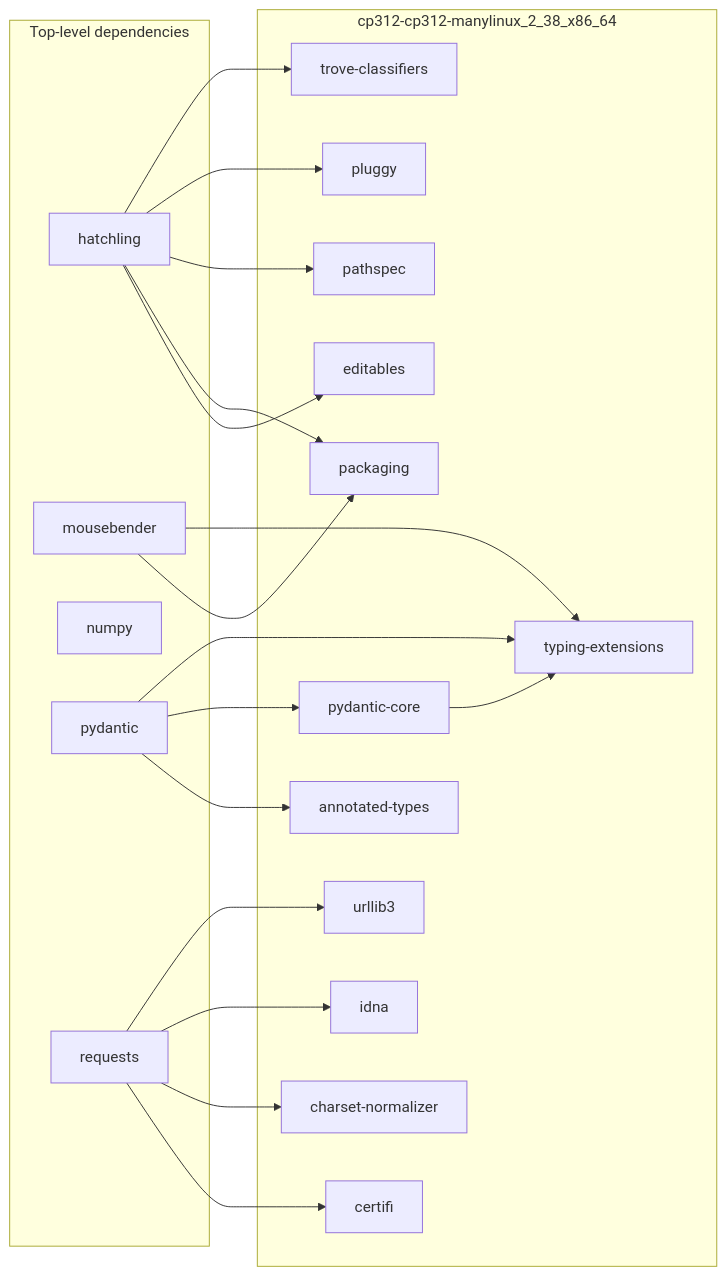
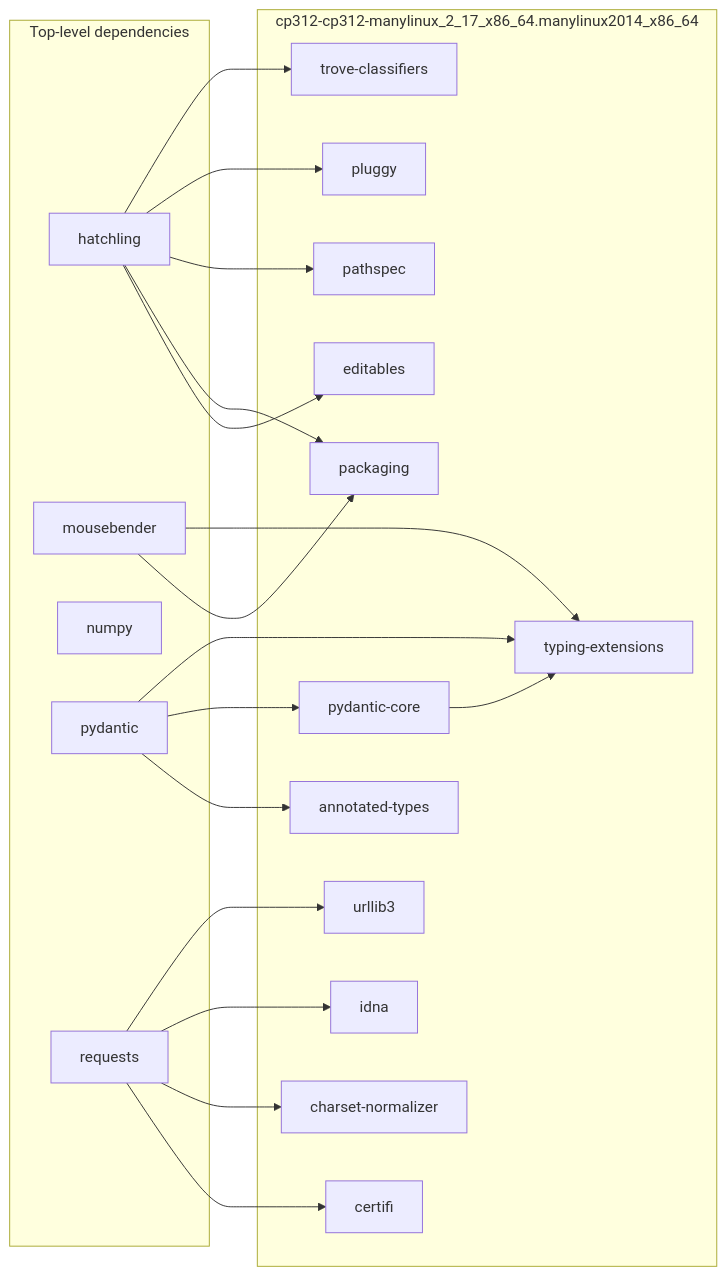
The diagram in pylock.graph-example.md (brettcannon/mousebender), drawn with Mermaid before and after one commit. The commit also changed 6 other files, not shown here.

````diff
--- a/pylock.graph-example.md
+++ b/pylock.graph-example.md
@@ -1,44 +1,44 @@
 ```mermaid
 graph LR
   subgraph top [Top-level dependencies]
     hatchling
     mousebender
     numpy
     pydantic
     requests
   end
-  subgraph cp312-cp312-manylinux_2_38_x86_64
+  subgraph cp312-cp312-manylinux_2_17_x86_64.manylinux2014_x86_64
     annotated-types
     certifi
     charset-normalizer
     editables
     hatchling
     packaging
     pathspec
     pluggy
     trove-classifiers
     idna
     mousebender
     typing-extensions
     numpy
     pydantic
     pydantic-core
     requests
     urllib3
     hatchling --> editables
     hatchling --> packaging
     hatchling --> pathspec
     hatchling --> pluggy
     hatchling --> trove-classifiers
     mousebender --> packaging
     mousebender --> typing-extensions
     pydantic --> annotated-types
     pydantic --> pydantic-core
     pydantic --> typing-extensions
     pydantic-core --> typing-extensions
     requests --> certifi
     requests --> charset-normalizer
     requests --> idna
     requests --> urllib3
   end
 ```
````
